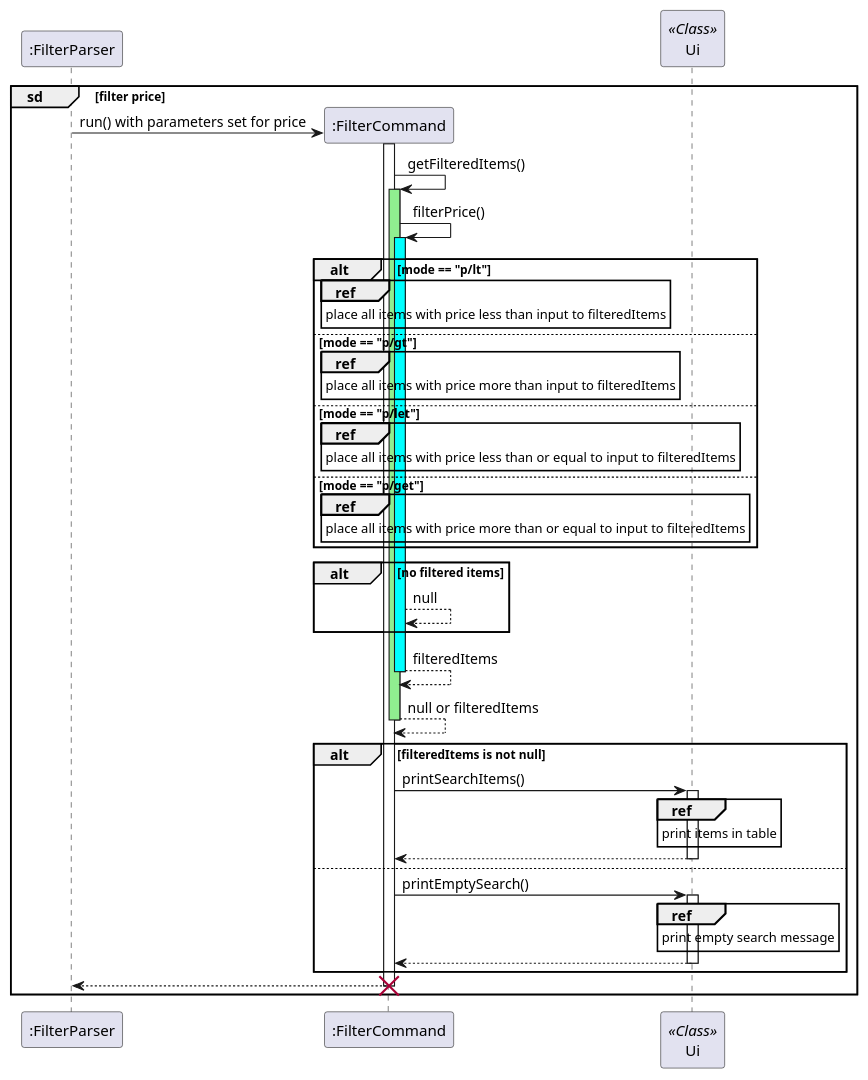
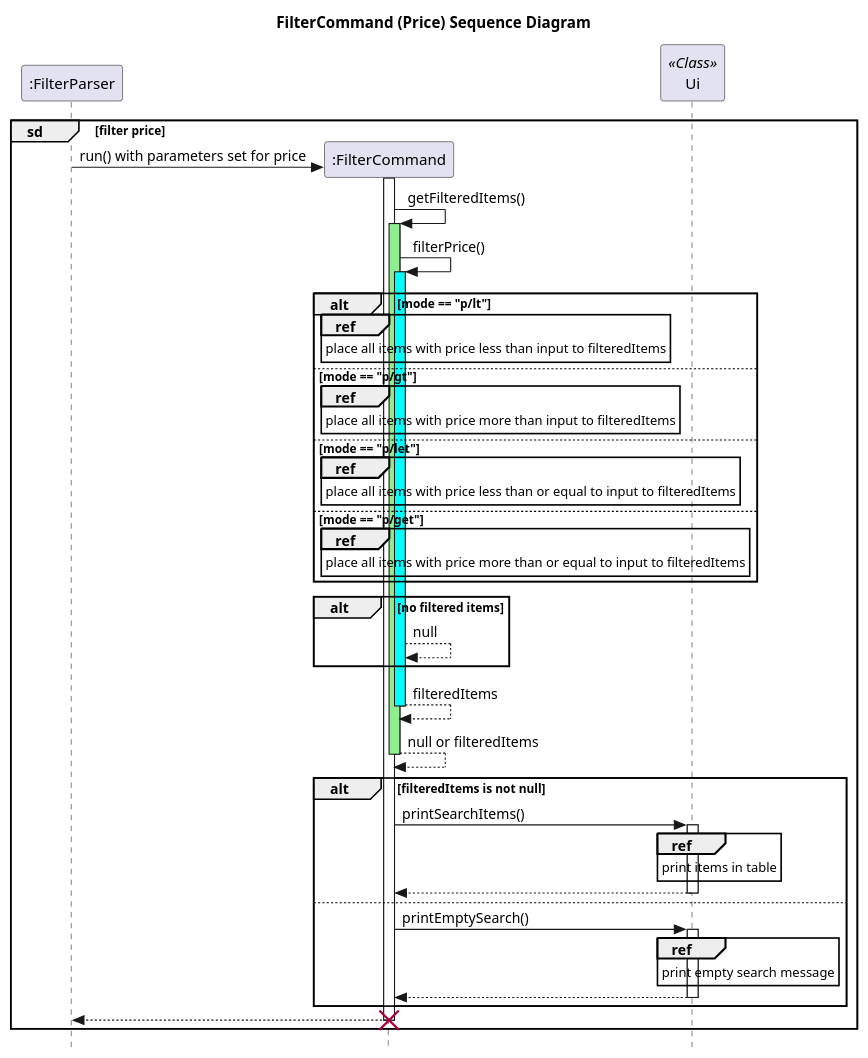
Before and after one commit to nus-cs2113-AY2223S2/tp: the diagram in docs/UML/Filter/FilterPrice.puml, drawn with PlantUML. The commit also changed 34 other files, not shown here.

Commit message:
Add line of code and titles to rest of UML to standardise

```diff
--- a/docs/UML/Filter/FilterPrice.puml
+++ b/docs/UML/Filter/FilterPrice.puml
@@ -1,53 +1,55 @@
 @startuml
 'https://plantuml.com/sequence-diagram
+title FilterCommand (Price) Sequence Diagram
 
+skinparam style strictuml
 participant ":FilterParser"
 group sd [filter price]
     ":FilterParser" -> ":FilterCommand" ** : run() with parameters set for price
     activate ":FilterCommand"
     ":FilterCommand" -> ":FilterCommand": getFilteredItems()
     activate ":FilterCommand" #lightgreen
     ":FilterCommand" -> ":FilterCommand": filterPrice()
     activate ":FilterCommand" #cyan
     participant Ui << Class >>
     alt mode == "p/lt"
         ref over ":FilterCommand"
             place all items with price less than input to filteredItems
         end ref
     else mode == "p/gt"
         ref over ":FilterCommand"
             place all items with price more than input to filteredItems
         end ref
     else mode == "p/let"
         ref over ":FilterCommand"
             place all items with price less than or equal to input to filteredItems
         end ref
     else mode == "p/get"
         ref over ":FilterCommand"
             place all items with price more than or equal to input to filteredItems
         end ref
     end
     alt no filtered items
         ":FilterCommand" --> ":FilterCommand": null
     end
     return filteredItems
     return null or filteredItems
     alt filteredItems is not null
         ":FilterCommand" -> Ui: printSearchItems()
         activate Ui
         ref over Ui
             print items in table
         end ref
         return
     else
         ":FilterCommand" -> Ui: printEmptySearch()
         activate Ui
         ref over Ui
             print empty search message
         end ref
         return
     end
     return
     destroy ":FilterCommand"
 end
 @enduml
```
